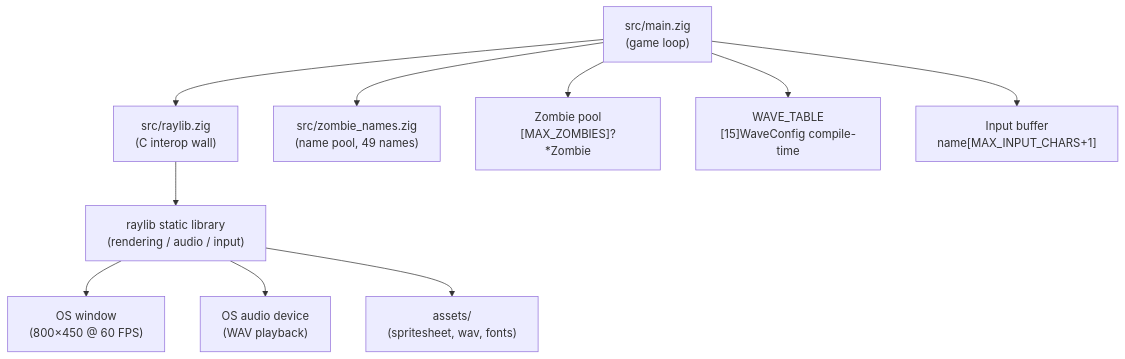
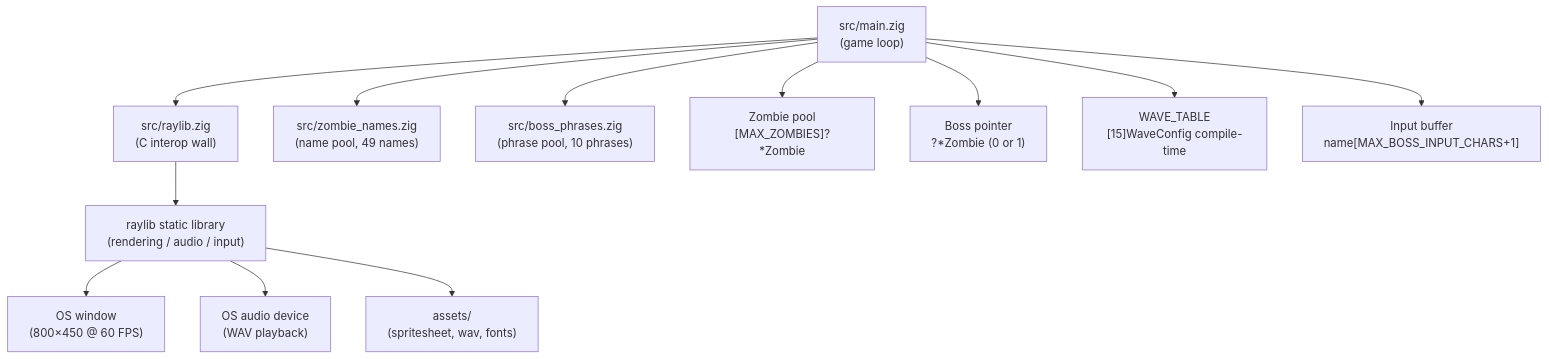
Before and after one commit to bfernandez31/death-note: the first of 2 diagrams in specs/specifications/overview.md, drawn with Mermaid. The commit also changed other lines of this file and 4 other files, not shown here.

````diff
--- a/specs/specifications/overview.md
+++ b/specs/specifications/overview.md
@@ -47,23 +47,27 @@
 ```mermaid
 graph TB
     Main["src/main.zig\n(game loop)"]
     RaylibWrapper["src/raylib.zig\n(C interop wall)"]
     ZombieNames["src/zombie_names.zig\n(name pool, 49 names)"]
+    BossPhrases["src/boss_phrases.zig\n(phrase pool, 10 phrases)"]
     RaylibLib["raylib static library\n(rendering / audio / input)"]
     ZombiePool["Zombie pool\n[MAX_ZOMBIES]?*Zombie"]
+    BossPtr["Boss pointer\n?*Zombie (0 or 1)"]
     WaveTable["WAVE_TABLE\n[15]WaveConfig compile-time"]
     Assets["assets/\n(spritesheet, wav, fonts)"]
     Window["OS window\n(800×450 @ 60 FPS)"]
     AudioDevice["OS audio device\n(WAV playback)"]
-    InputBuf["Input buffer\nname[MAX_INPUT_CHARS+1]"]
+    InputBuf["Input buffer\nname[MAX_BOSS_INPUT_CHARS+1]"]
 
     Main --> RaylibWrapper
     Main --> ZombieNames
+    Main --> BossPhrases
     Main --> ZombiePool
+    Main --> BossPtr
     Main --> WaveTable
     Main --> InputBuf
     RaylibWrapper --> RaylibLib
     RaylibLib --> Window
     RaylibLib --> AudioDevice
     RaylibLib --> Assets
 ```
````
